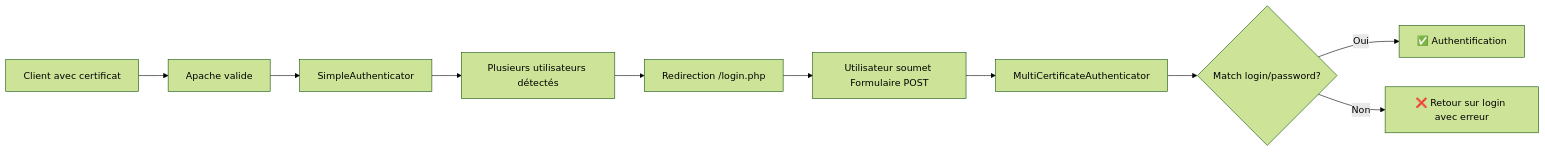
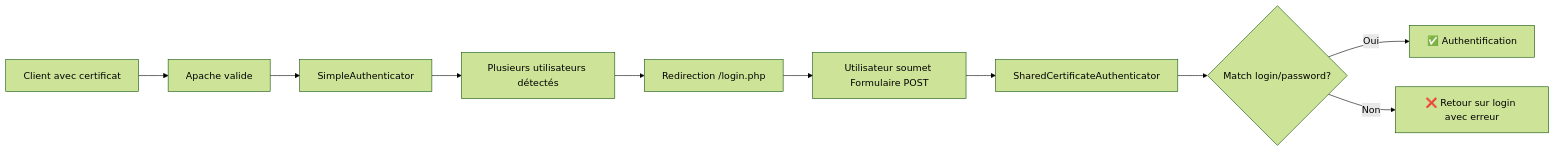
One commit to libriciel/s2low changed the second of 3 diagrams in docs/AUTHENTICATION.md. Above: the diagram before and after it, drawn with Mermaid (forest theme). The commit also changed other lines of this file and 3 other files, not shown here.

Commit message:
Resolve "renommer authenticator multi"

````diff
--- a/docs/AUTHENTICATION.md
+++ b/docs/AUTHENTICATION.md
@@ -230,12 +230,12 @@
 ```mermaid
 graph LR
     A[Client avec certificat] --> B[Apache valide]
     B --> C[SimpleAuthenticator]
     C --> D[Plusieurs utilisateurs détectés]
     D --> E[Redirection /login.php]
     E --> F[Utilisateur soumet Formulaire POST]
-    F --> G[MultiCertificateAuthenticator]
+    F --> G[SharedCertificateAuthenticator]
     G --> H{Match login/password?}
     H -->|Oui| I[✅ Authentification]
     H -->|Non| J[❌ Retour sur login avec erreur]
 ```
````
